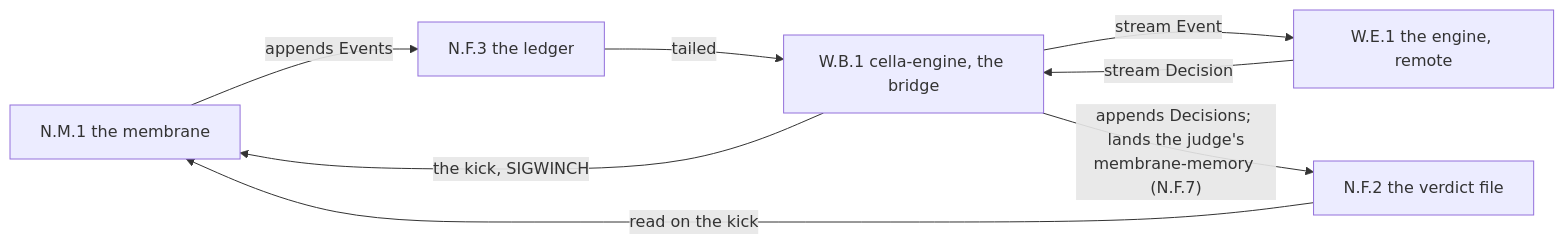
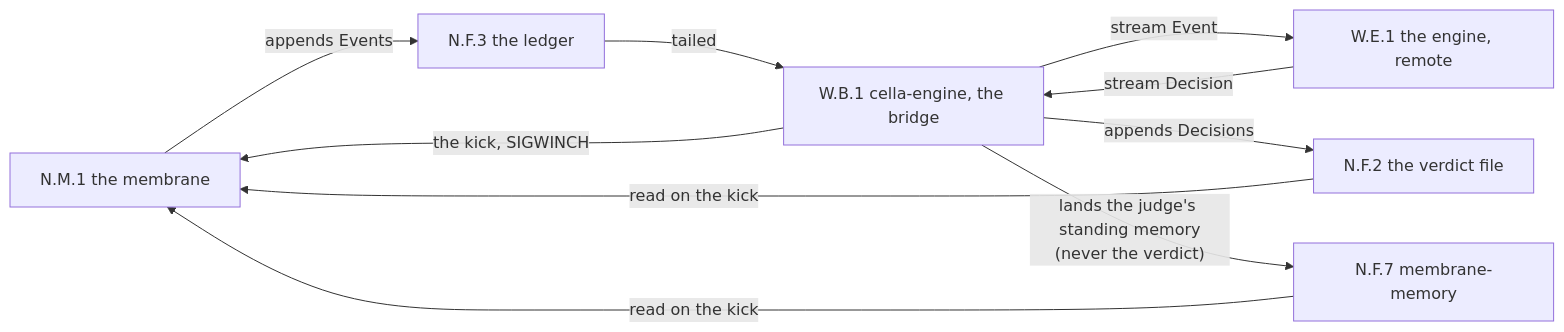
The first of 2 diagrams in docs/WORLD-ENGINE.md (omne-earth/cella), drawn with Mermaid before and after one commit. The commit also changed 3 other files, not shown here.

Commit message:
Correct six diagram claims found by the mermaid audit

````diff
--- a/docs/WORLD-ENGINE.md
+++ b/docs/WORLD-ENGINE.md
@@ -20,15 +20,18 @@
 ```mermaid
 graph LR
     M1["N.M.1 the membrane"]
     LG["N.F.3 the ledger"]
     VD["N.F.2 the verdict file"]
     B["W.B.1 cella-engine, the bridge"]
     E["W.E.1 the engine, remote"]
     M1 -->|"appends Events"| LG
     LG -->|"tailed"| B
     B -->|"stream Event"| E
     E -->|"stream Decision"| B
-    B -->|"appends Decisions; lands the judge's<br/>membrane-memory (N.F.7)"| VD
+    MM["N.F.7 membrane-memory"]
+    B -->|"appends Decisions"| VD
+    B -->|"lands the judge's standing memory<br/>(never the verdict)"| MM
     B -->|"the kick, SIGWINCH"| M1
     VD -->|"read on the kick"| M1
+    MM -->|"read on the kick"| M1
 ```
````
